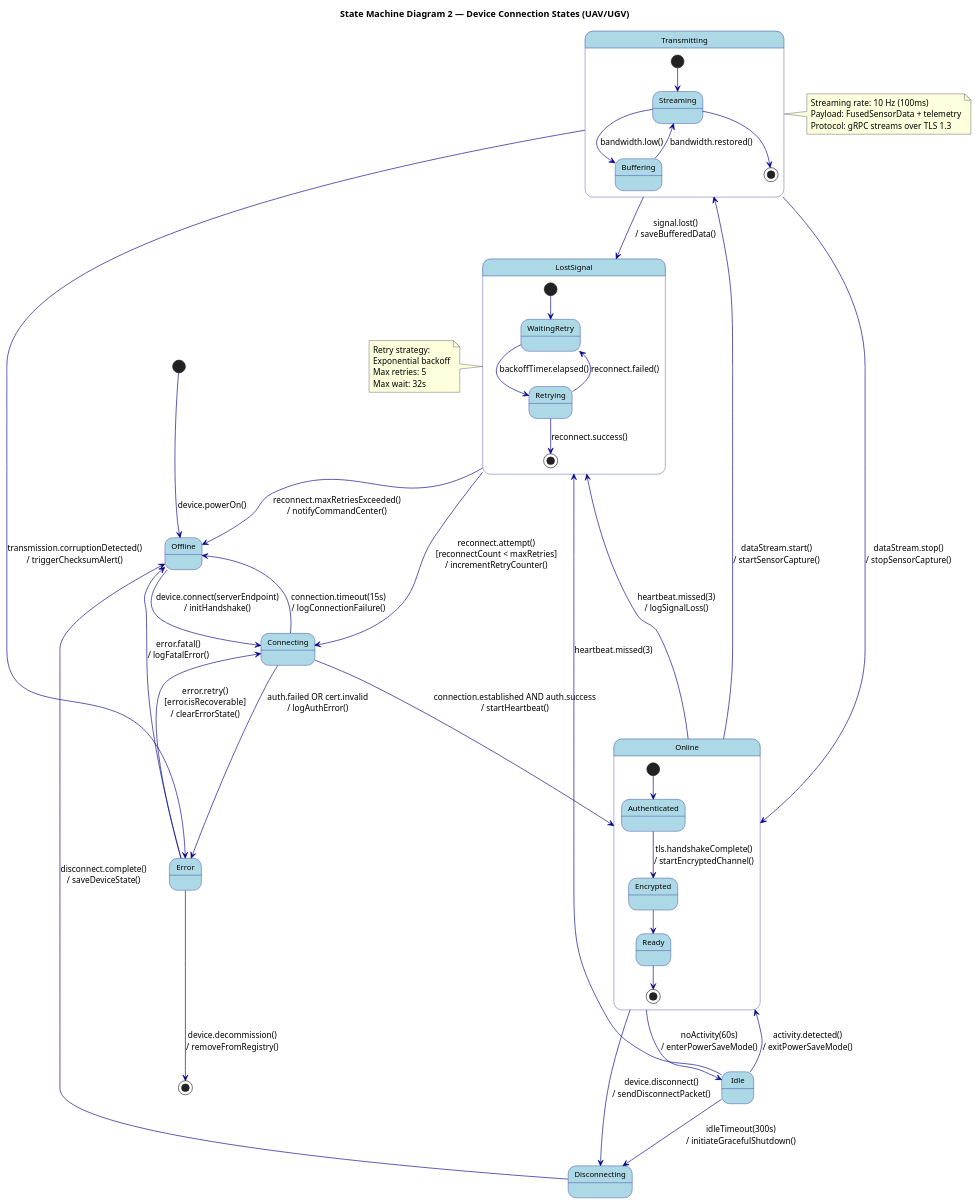
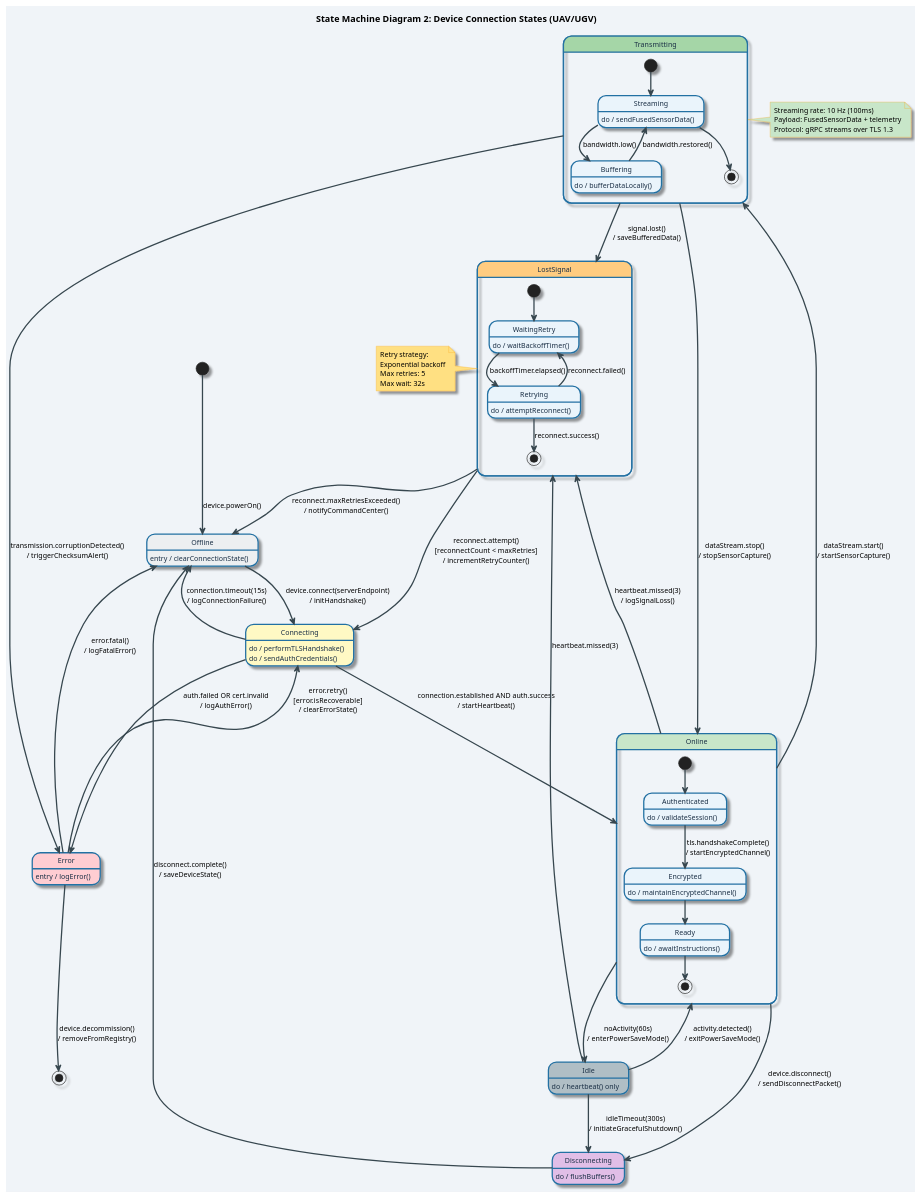
One commit to ministar016/ACS changed the diagram in projektovanje-softvera/diagrams/05_state_machine/sm_connection_states.puml. Above: the diagram before and after it, drawn with PlantUML. The commit also changed 15 other files, not shown here.

```diff
--- a/projektovanje-softvera/diagrams/05_state_machine/sm_connection_states.puml
+++ b/projektovanje-softvera/diagrams/05_state_machine/sm_connection_states.puml
@@ -1,87 +1,109 @@
 @startuml sm_connection_states
-title State Machine Diagram 2 — Device Connection States (UAV/UGV)
+title State Machine Diagram 2: Device Connection States (UAV/UGV)
+
+skinparam backgroundColor #F0F4F8
+skinparam shadowing true
+skinparam defaultFontName Helvetica
+skinparam defaultFontSize 11
 
 skinparam state {
-  BackgroundColor LightBlue
-  BorderColor DarkBlue
-  ArrowColor DarkBlue
-  FontSize 12
+  BackgroundColor #EAF4FB
+  BorderColor #2471A3
+  BorderThickness 2
+  FontColor #1A2F45
+  ArrowColor #37474F
+  ArrowThickness 2
+  StartColor #1B3A5C
+  EndColor #B71C1C
 }
+
+skinparam note {
+  BackgroundColor #FFFDE7
+  BorderColor #F9A825
+}
+
+' Declare colors for non-composite states
+state Offline #ECEFF1
+state Connecting #FFF9C4
+state Idle #B0BEC5
+state Disconnecting #E1BEE7
+state Error #FFCDD2
 
 [*] --> Offline : device.powerOn()
 
+Offline : entry / clearConnectionState()
 Offline --> Connecting : device.connect(serverEndpoint)\n/ initHandshake()
 
+Connecting : do / performTLSHandshake()
+Connecting : do / sendAuthCredentials()
 Connecting --> Online : connection.established AND auth.success\n/ startHeartbeat()
-
 Connecting --> Offline : connection.timeout(15s)\n/ logConnectionFailure()
-
 Connecting --> Error : auth.failed OR cert.invalid\n/ logAuthError()
 
-state Online {
+state Online #C8E6C9 {
   [*] --> Authenticated
+  Authenticated : do / validateSession()
   Authenticated --> Encrypted : tls.handshakeComplete()\n/ startEncryptedChannel()
+  Encrypted : do / maintainEncryptedChannel()
   Encrypted --> Ready
+  Ready : do / awaitInstructions()
   Ready --> [*]
 }
 
 Online --> Transmitting : dataStream.start()\n/ startSensorCapture()
-
 Online --> Idle : noActivity(60s)\n/ enterPowerSaveMode()
-
 Online --> Disconnecting : device.disconnect()\n/ sendDisconnectPacket()
-
 Online --> LostSignal : heartbeat.missed(3)\n/ logSignalLoss()
 
-Transmitting --> Online : dataStream.stop()\n/ stopSensorCapture()
-
-Transmitting --> LostSignal : signal.lost()\n/ saveBufferedData()
-
-Transmitting --> Error : transmission.corruptionDetected()\n/ triggerChecksumAlert()
-
-state Transmitting {
+state Transmitting #A5D6A7 {
   [*] --> Streaming
+  Streaming : do / sendFusedSensorData()
   Streaming --> Buffering : bandwidth.low()
+  Buffering : do / bufferDataLocally()
   Buffering --> Streaming : bandwidth.restored()
   Streaming --> [*]
 }
 
+Transmitting --> Online : dataStream.stop()\n/ stopSensorCapture()
+Transmitting --> LostSignal : signal.lost()\n/ saveBufferedData()
+Transmitting --> Error : transmission.corruptionDetected()\n/ triggerChecksumAlert()
+
+Idle : do / heartbeat() only
 Idle --> Online : activity.detected()\n/ exitPowerSaveMode()
-
 Idle --> LostSignal : heartbeat.missed(3)
-
 Idle --> Disconnecting : idleTimeout(300s)\n/ initiateGracefulShutdown()
 
-LostSignal --> Connecting : reconnect.attempt()\n[reconnectCount < maxRetries]\n/ incrementRetryCounter()
-
-LostSignal --> Offline : reconnect.maxRetriesExceeded()\n/ notifyCommandCenter()
-
-state LostSignal {
+state LostSignal #FFCC80 {
   [*] --> WaitingRetry
+  WaitingRetry : do / waitBackoffTimer()
   WaitingRetry --> Retrying : backoffTimer.elapsed()
+  Retrying : do / attemptReconnect()
   Retrying --> WaitingRetry : reconnect.failed()
   Retrying --> [*] : reconnect.success()
 }
 
+LostSignal --> Connecting : reconnect.attempt()\n[reconnectCount < maxRetries]\n/ incrementRetryCounter()
+LostSignal --> Offline : reconnect.maxRetriesExceeded()\n/ notifyCommandCenter()
+
+Disconnecting : do / flushBuffers()
 Disconnecting --> Offline : disconnect.complete()\n/ saveDeviceState()
 
+Error : entry / logError()
 Error --> Connecting : error.retry()\n[error.isRecoverable]\n/ clearErrorState()
-
 Error --> Offline : error.fatal()\n/ logFatalError()
-
 Error --> [*] : device.decommission()\n/ removeFromRegistry()
 
-note right of Transmitting
+note right of Transmitting #C8E6C9
   Streaming rate: 10 Hz (100ms)
   Payload: FusedSensorData + telemetry
   Protocol: gRPC streams over TLS 1.3
 end note
 
-note left of LostSignal
+note left of LostSignal #FFE082
   Retry strategy:
   Exponential backoff
   Max retries: 5
   Max wait: 32s
 end note
 
 @enduml
```
